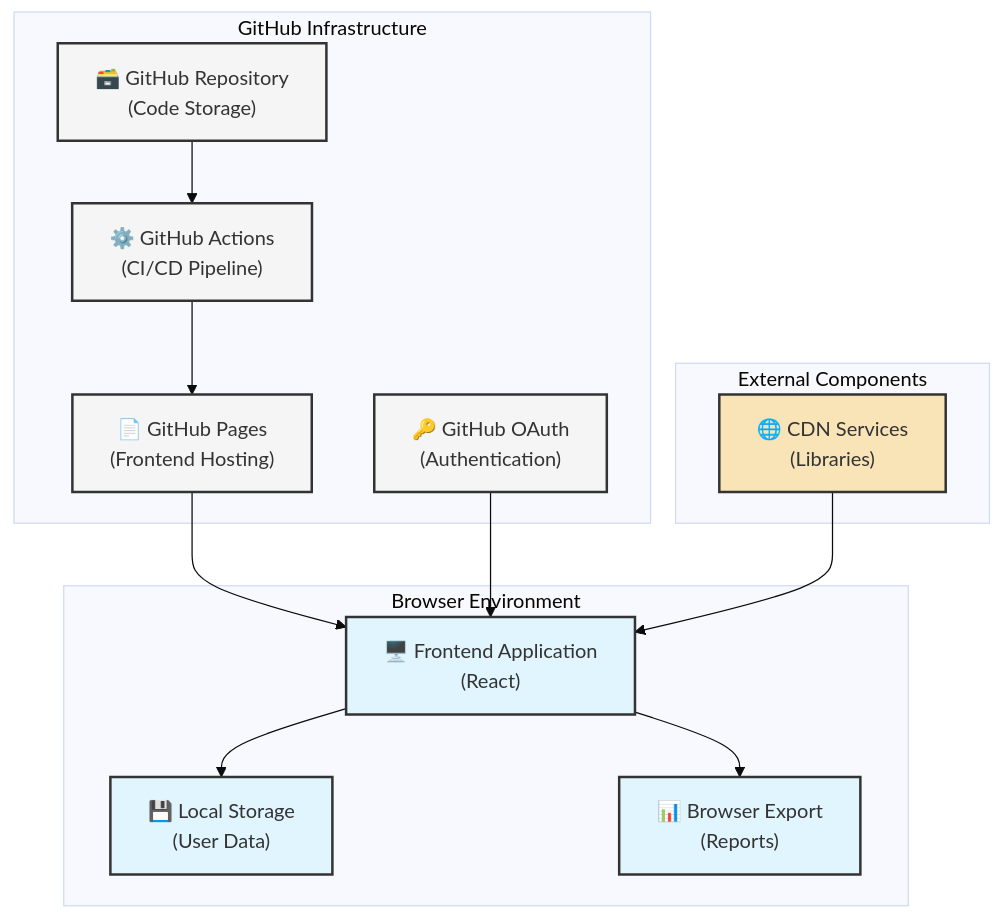
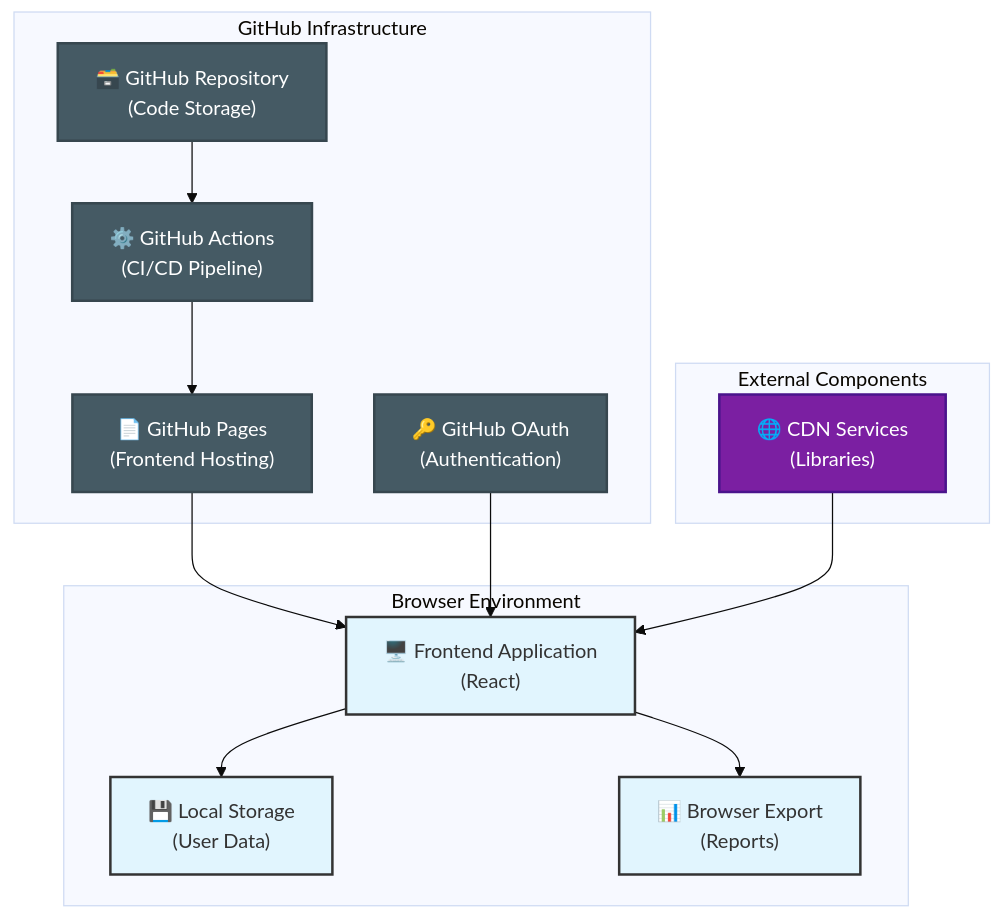
Before and after one commit to Hack23/cia-compliance-manager: the third of 33 diagrams in docs/architecture/BCPPlan.md, drawn with Mermaid (base theme). The commit also changed other lines of this file and 18 other files, not shown here.

First line of the commit message:
style: update all classDef colors to ISMS style guide palette and fix quadrant charts

````diff
--- a/docs/architecture/BCPPlan.md
+++ b/docs/architecture/BCPPlan.md
@@ -189,35 +189,35 @@
 ```mermaid
 flowchart TB
     subgraph "GitHub Infrastructure"
         GHP["📄 GitHub Pages\n(Frontend Hosting)"]
         GHR["🗃️ GitHub Repository\n(Code Storage)"]
         GHA["⚙️ GitHub Actions\n(CI/CD Pipeline)"]
         GHO["🔑 GitHub OAuth\n(Authentication)"]
     end
 
     subgraph "Browser Environment"
         FE["🖥️ Frontend Application\n(React)"]
         LS["💾 Local Storage\n(User Data)"]
         BEX["📊 Browser Export\n(Reports)"]
     end
 
     subgraph "External Components"
         CDN["🌐 CDN Services\n(Libraries)"]
     end
 
     GHR --> GHA
     GHA --> GHP
     GHP --> FE
     GHO --> FE
     FE --> LS
     FE --> BEX
     CDN --> FE
 
-    classDef github fill:#f5f5f5,stroke:#333,stroke-width:2px;
+    classDef github fill:#455A64,stroke:#37474F,stroke-width:2px,color:#ffffff
     classDef browser fill:#e1f5fe,stroke:#333,stroke-width:2px;
-    classDef external fill:#f9e4b7,stroke:#333,stroke-width:2px;
+    classDef external fill:#7B1FA2,stroke:#4A148C,stroke-width:2px,color:#ffffff
 
     class GHP,GHR,GHA,GHO github;
     class FE,LS,BEX browser;
     class CDN external;
 ```
````
